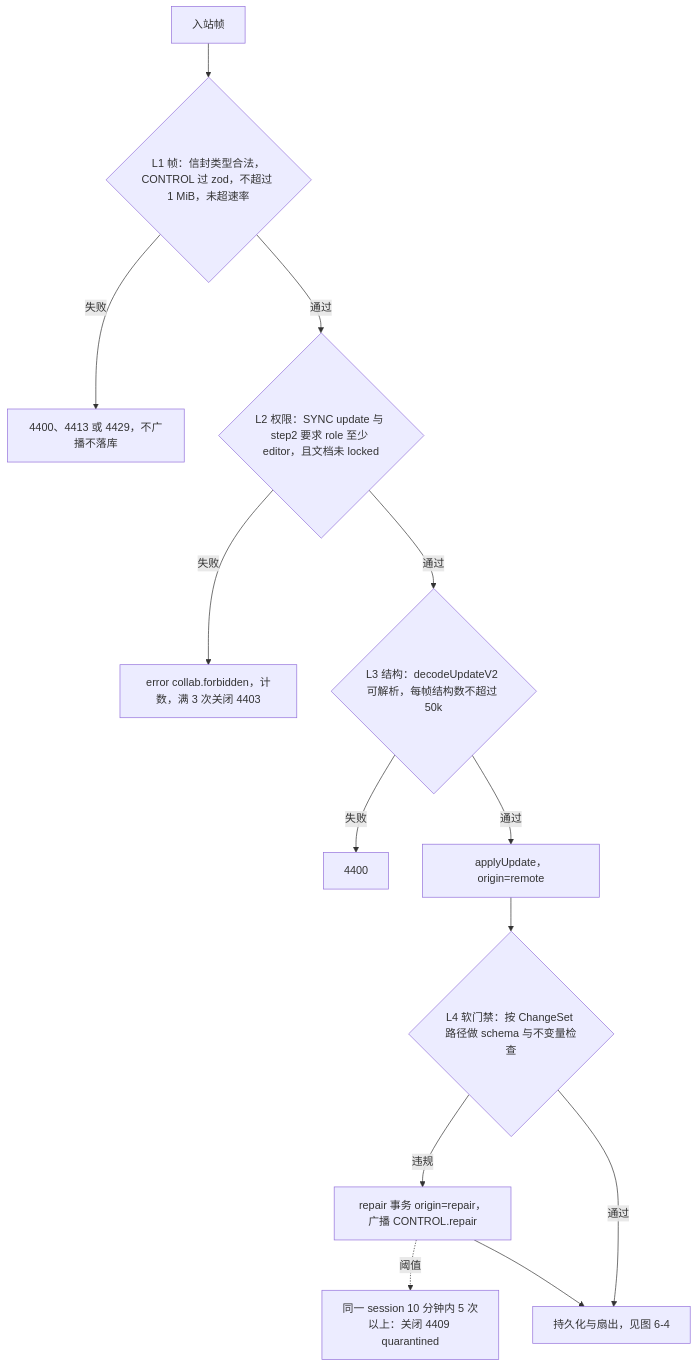
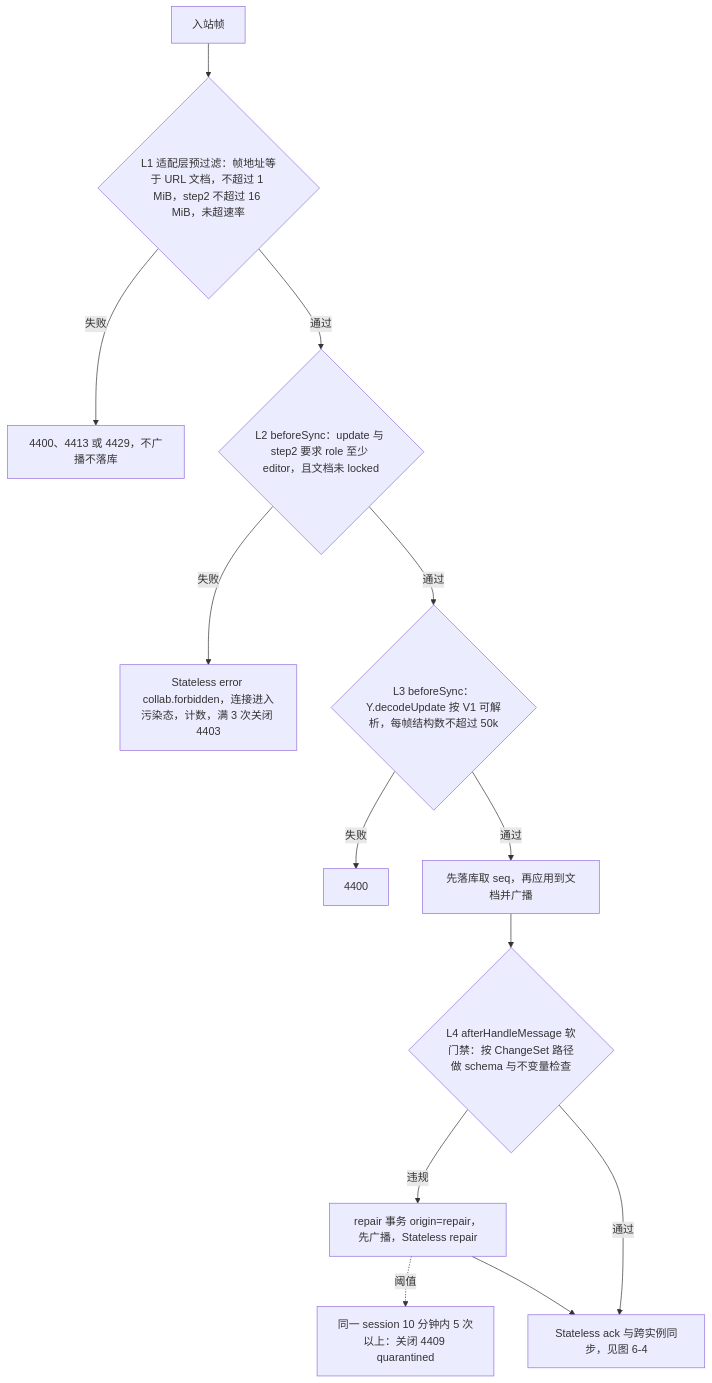
One commit to Xeonice/cordis-ppt-editor changed diagram 44 of 46 in docs/40-modules/19-atlas-backend-and-data.md. Above: the diagram before and after it, drawn with Mermaid. The commit also changed other lines of this file and 78 other files, not shown here.

````diff
--- a/docs/40-modules/19-atlas-backend-and-data.md
+++ b/docs/40-modules/19-atlas-backend-and-data.md
@@ -1674,27 +1673,27 @@
 ```mermaid
 flowchart TB
   frame["入站帧"]
-  l1{"L1 帧：信封类型合法，CONTROL 过 zod，不超过 1 MiB，未超速率"}
-  l2{"L2 权限：SYNC update 与 step2 要求 role 至少 editor，且文档未 locked"}
-  l3{"L3 结构：decodeUpdateV2 可解析，每帧结构数不超过 50k"}
-  apply["applyUpdate，origin=remote"]
-  l4{"L4 软门禁：按 ChangeSet 路径做 schema 与不变量检查"}
+  l1{"L1 适配层预过滤：帧地址等于 URL 文档，不超过 1 MiB，step2 不超过 16 MiB，未超速率"}
+  l2{"L2 beforeSync：update 与 step2 要求 role 至少 editor，且文档未 locked"}
+  l3{"L3 beforeSync：Y.decodeUpdate 按 V1 可解析，每帧结构数不超过 50k"}
+  apply["先落库取 seq，再应用到文档并广播"]
+  l4{"L4 afterHandleMessage 软门禁：按 ChangeSet 路径做 schema 与不变量检查"}
   r1["4400、4413 或 4429，不广播不落库"]
-  r2["error collab.forbidden，计数，满 3 次关闭 4403"]
+  r2["Stateless error collab.forbidden，连接进入污染态，计数，满 3 次关闭 4403"]
   r3["4400"]
-  repair["repair 事务 origin=repair，广播 CONTROL.repair"]
+  repair["repair 事务 origin=repair，先广播，Stateless repair"]
   quar["同一 session 10 分钟内 5 次以上：关闭 4409 quarantined"]
-  persist["持久化与扇出，见图 6-4"]
+  persist["Stateless ack 与跨实例同步，见图 6-4"]
   frame --> l1
   l1 -- "失败" --> r1
   l1 -- "通过" --> l2
   l2 -- "失败" --> r2
   l2 -- "通过" --> l3
   l3 -- "失败" --> r3
   l3 -- "通过" --> apply
   apply --> l4
   l4 -- "违规" --> repair
   repair -. "阈值" .-> quar
   l4 -- "通过" --> persist
   repair --> persist
 ```
````
